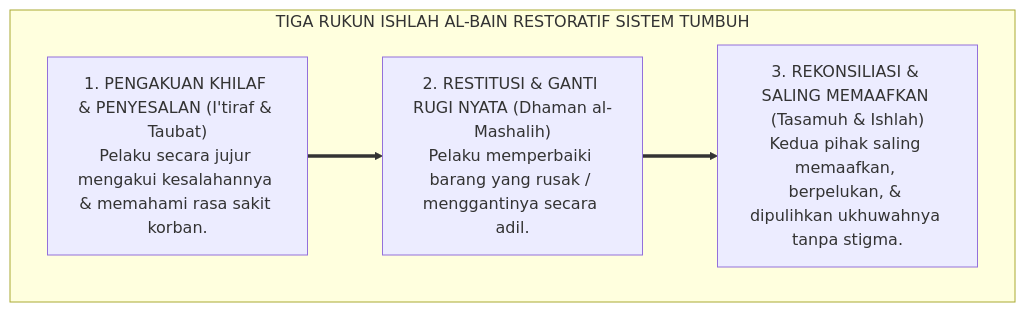
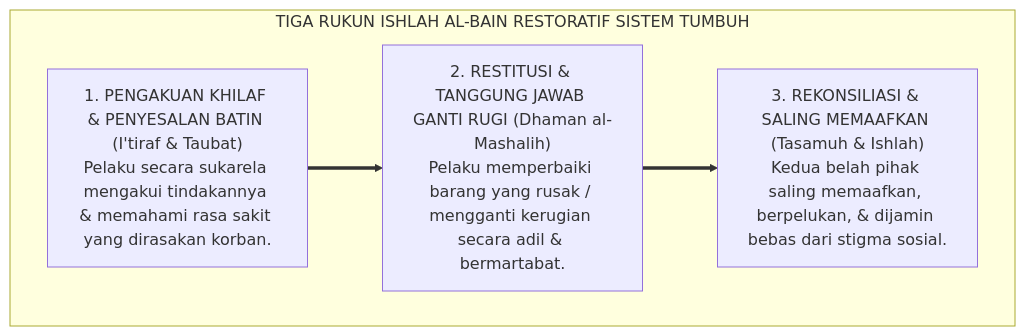
One commit to wandiapriliyandi/tumbuh changed the second of 3 diagrams in BOOK-SERIES/Volume-01/Bab-07-Aksiologi-dan-Maqashid-Syariah-Pengasuhan/03-Keadilan-Restoratif-Islam-dan-Ishlah-al-Bain.md. Above: the diagram before and after it, drawn with Mermaid. The commit also changed other lines of this file and 24 other files, not shown here.

Commit message:
feat(book-01): perkaya dan perdalam seluruh isi subbab bab 02 s.d. 07 dengan elaborasi komprehensif, analisis mendalam, dan diagram alur lengkap

````diff
--- a/BOOK-SERIES/Volume-01/Bab-07-Aksiologi-dan-Maqashid-Syariah-Pengasuhan/03-Keadilan-Restoratif-Islam-dan-Ishlah-al-Bain.md
+++ b/BOOK-SERIES/Volume-01/Bab-07-Aksiologi-dan-Maqashid-Syariah-Pengasuhan/03-Keadilan-Restoratif-Islam-dan-Ishlah-al-Bain.md
@@ -29,12 +51,12 @@
 ```mermaid
 graph TD
-    subgraph KeadilanRestoratif["TIGA RUKUN ISHLAH AL-BAIN RESTORATIF SISTEM TUMBUH"]
-        R1["1. PENGAKUAN KHILAF & PENYESALAN (I'tiraf & Taubat)<br/>Pelaku secara jujur mengakui kesalahannya & memahami rasa sakit korban."]
+    subgraph TigaRukunIshlah["TIGA RUKUN ISHLAH AL-BAIN RESTORATIF SISTEM TUMBUH"]
+        R1["1. PENGAKUAN KHILAF & PENYESALAN BATIN (I'tiraf & Taubat)<br/>Pelaku secara sukarela mengakui tindakannya & memahami rasa sakit yang dirasakan korban."]
         
-        R2["2. RESTITUSI & GANTI RUGI NYATA (Dhaman al-Mashalih)<br/>Pelaku memperbaiki barang yang rusak / menggantinya secara adil."]
+        R2["2. RESTITUSI & TANGGUNG JAWAB GANTI RUGI (Dhaman al-Mashalih)<br/>Pelaku memperbaiki barang yang rusak / mengganti kerugian secara adil & bermartabat."]
         
-        R3["3. REKONSILIASI & SALING MEMAAFKAN (Tasamuh & Ishlah)<br/>Kedua pihak saling memaafkan, berpelukan, & dipulihkan ukhuwahnya tanpa stigma."]
+        R3["3. REKONSILIASI & SALING MEMAAFKAN (Tasamuh & Ishlah)<br/>Kedua belah pihak saling memaafkan, berpelukan, & dijamin bebas dari stigma sosial."]
         
         R1 ==> R2 ==> R3
     end
 ```
````
